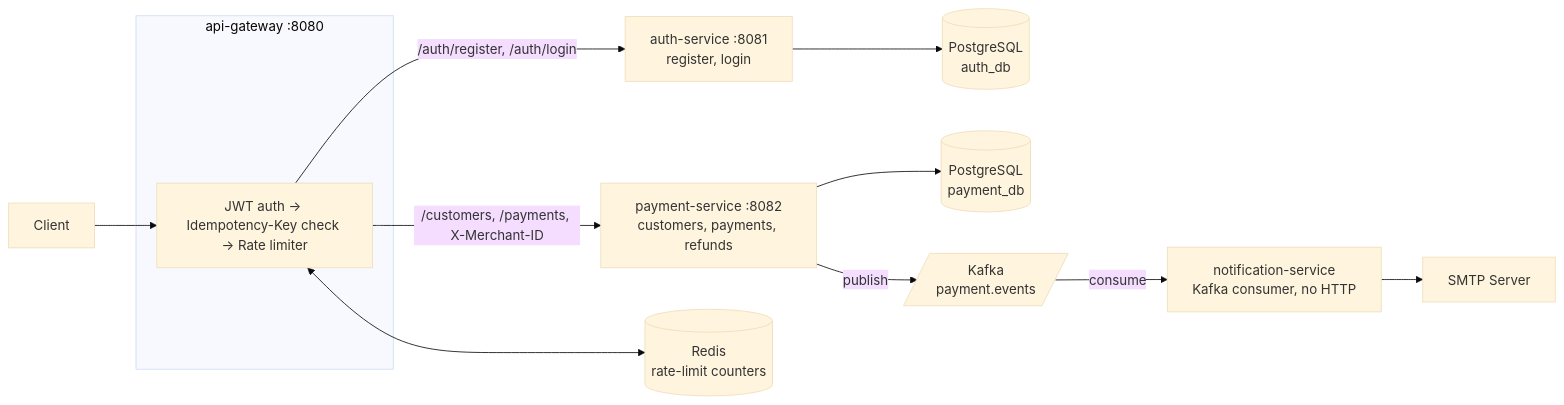
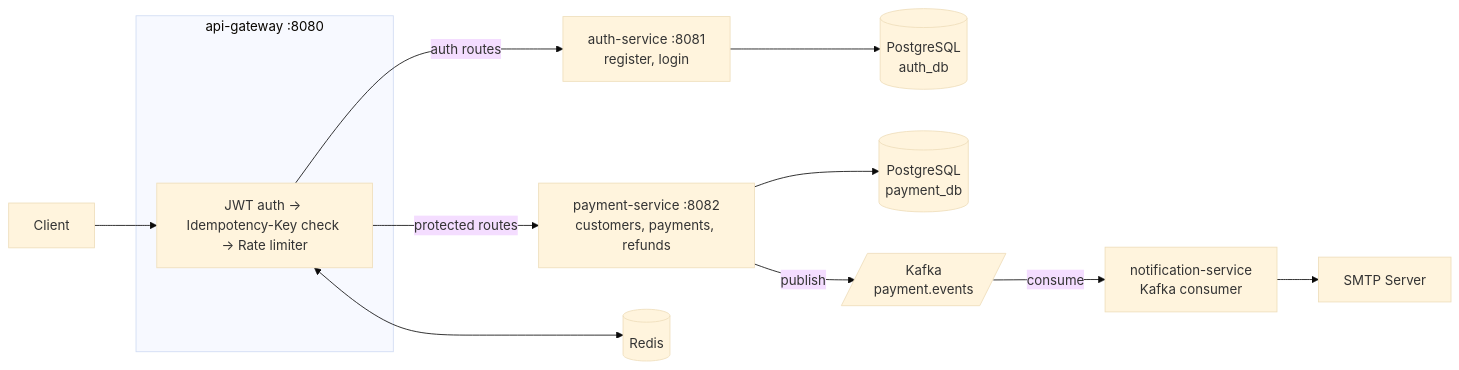
The first of 3 diagrams in README.md (ErenKarakus1/Payment-Platform), drawn with Mermaid (base theme) before and after one commit. The commit also changed other lines of this file, not shown here.

````diff
--- a/README.md
+++ b/README.md
@@ -43,29 +60,29 @@
 ```mermaid
 flowchart LR
     Client[Client]
 
     subgraph Gateway["api-gateway :8080"]
         MW["JWT auth → Idempotency-Key check → Rate limiter"]
     end
 
     Auth["auth-service :8081<br/>register, login"]
     Payment["payment-service :8082<br/>customers, payments, refunds"]
-    Notification["notification-service<br/>Kafka consumer, no HTTP"]
+    Notification["notification-service<br/>Kafka consumer"]
 
-    Redis[(Redis<br/>rate-limit counters)]
+    Redis[(Redis)]
     AuthDB[(PostgreSQL<br/>auth_db)]
     PaymentDB[(PostgreSQL<br/>payment_db)]
     Kafka[/Kafka<br/>payment.events/]
     SMTP[SMTP Server]
 
     Client --> MW
-    MW -->|/auth/register, /auth/login| Auth
-    MW -->|/customers, /payments, X-Merchant-ID| Payment
+    MW -->|auth routes| Auth
+    MW -->|protected routes| Payment
     MW <--> Redis
 
     Auth --> AuthDB
     Payment --> PaymentDB
     Payment -->|publish| Kafka
     Kafka -->|consume| Notification
     Notification --> SMTP
 ```
````
